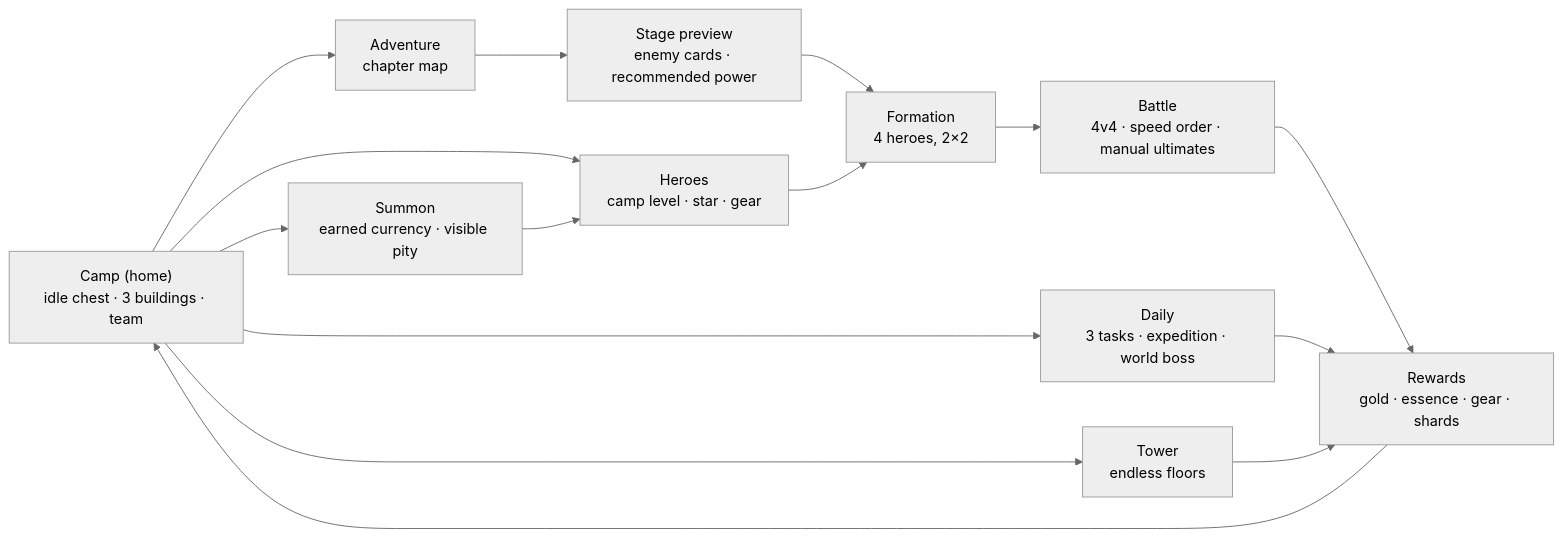
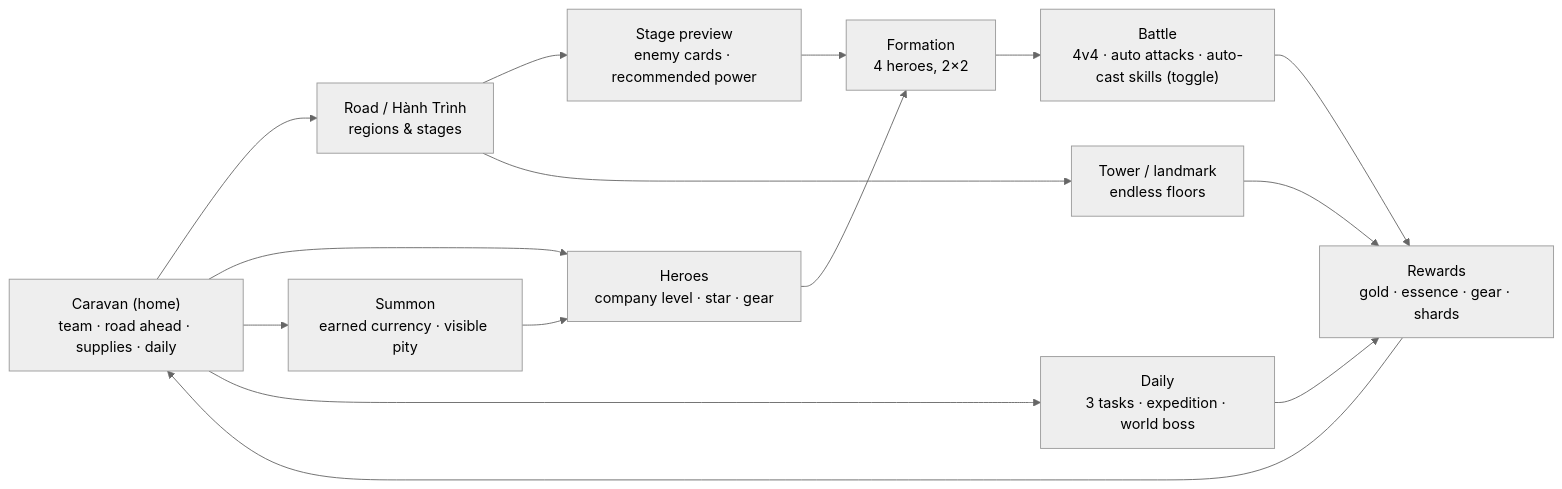
One commit to vinh466/tohe-play changed the diagram in plans/idle-card-rpg/design.md. Above: the diagram before and after it, drawn with Mermaid (neutral theme). The commit also changed other lines of this file and 11 other files, not shown here.

````diff
--- a/plans/idle-card-rpg/design.md
+++ b/plans/idle-card-rpg/design.md
@@ -11,17 +11,17 @@
 ```mermaid
 flowchart LR
-  camp["Camp (home)<br/>idle chest · 3 buildings · team"] --> adventure["Adventure<br/>chapter map"]
-  adventure --> stage["Stage preview<br/>enemy cards · recommended power"]
+  caravan["Caravan (home)<br/>team · road ahead · supplies · daily"] --> road["Road / Hành Trình<br/>regions & stages"]
+  road --> stage["Stage preview<br/>enemy cards · recommended power"]
   stage --> formation["Formation<br/>4 heroes, 2×2"]
-  formation --> battle["Battle<br/>4v4 · speed order · manual ultimates"]
+  formation --> battle["Battle<br/>4v4 · auto attacks · auto-cast skills (toggle)"]
   battle --> rewards["Rewards<br/>gold · essence · gear · shards"]
-  rewards --> camp
-  camp --> heroes["Heroes<br/>camp level · star · gear"]
+  rewards --> caravan
+  caravan --> heroes["Heroes<br/>company level · star · gear"]
   heroes --> formation
-  camp --> summon["Summon<br/>earned currency · visible pity"]
+  caravan --> summon["Summon<br/>earned currency · visible pity"]
   summon --> heroes
-  camp --> daily["Daily<br/>3 tasks · expedition · world boss"]
+  caravan --> daily["Daily<br/>3 tasks · expedition · world boss"]
   daily --> rewards
-  camp --> tower["Tower<br/>endless floors"]
+  road --> tower["Tower / landmark<br/>endless floors"]
   tower --> rewards
 ```
````
